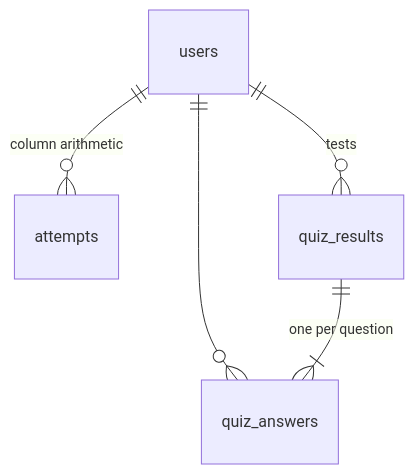
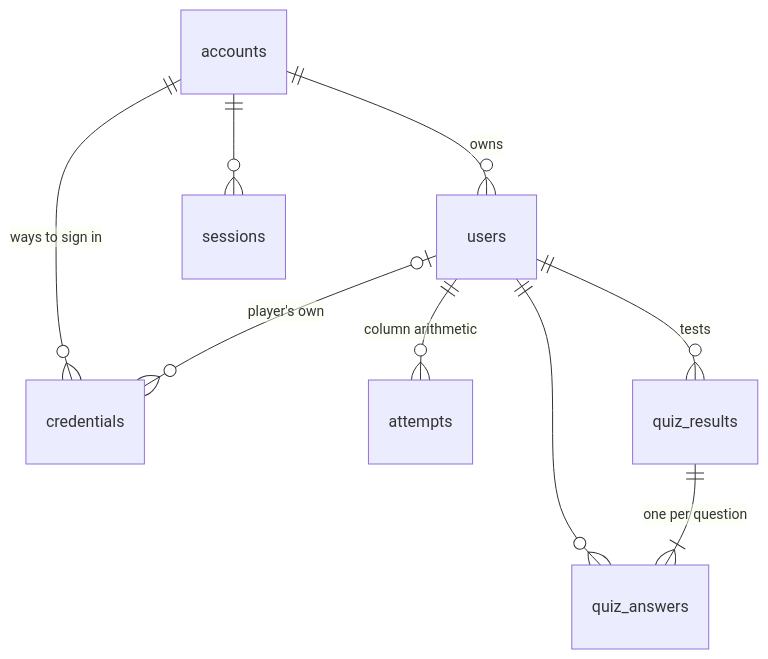
One commit to jopiguet/calcul-colonnes changed the diagram in docs/database.md. Above: the diagram before and after it, drawn with Mermaid. The commit also changed other lines of this file and 41 other files, not shown here.

````diff
--- a/docs/database.md
+++ b/docs/database.md
@@ -16,7 +16,11 @@
 ```mermaid
 erDiagram
+  accounts ||--o{ users : "owns"
+  accounts ||--o{ credentials : "ways to sign in"
+  users |o--o{ credentials : "player's own"
+  accounts ||--o{ sessions : ""
   users ||--o{ attempts : "column arithmetic"
   users ||--o{ quiz_results : "tests"
   users ||--o{ quiz_answers : ""
   quiz_results ||--|{ quiz_answers : "one per question"
 ```
````
